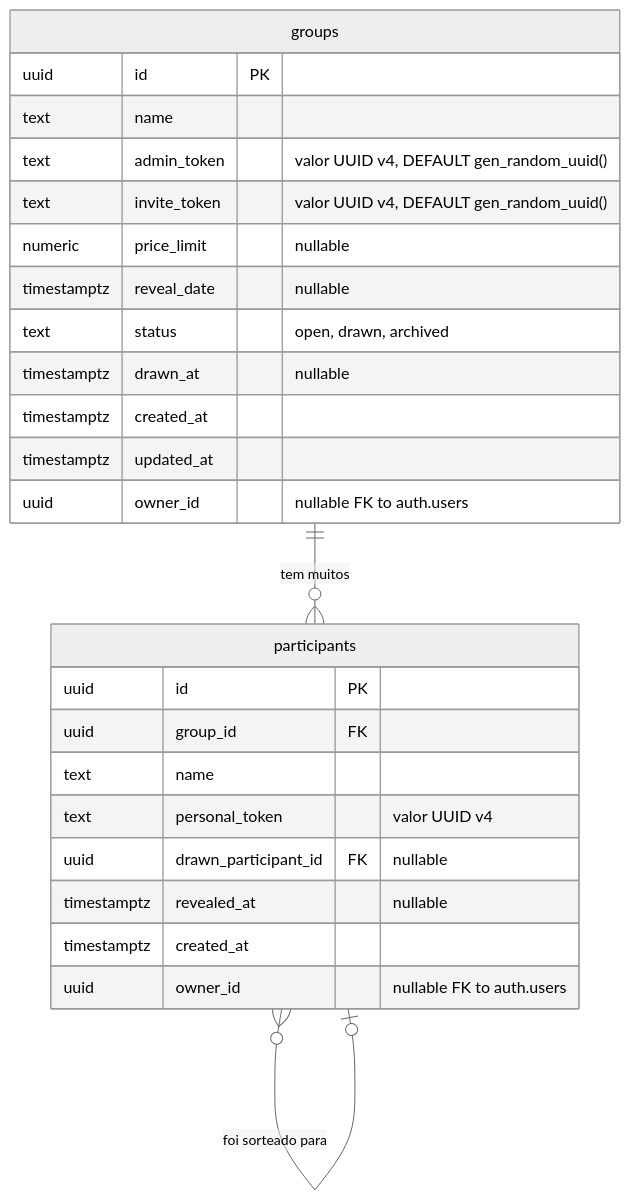
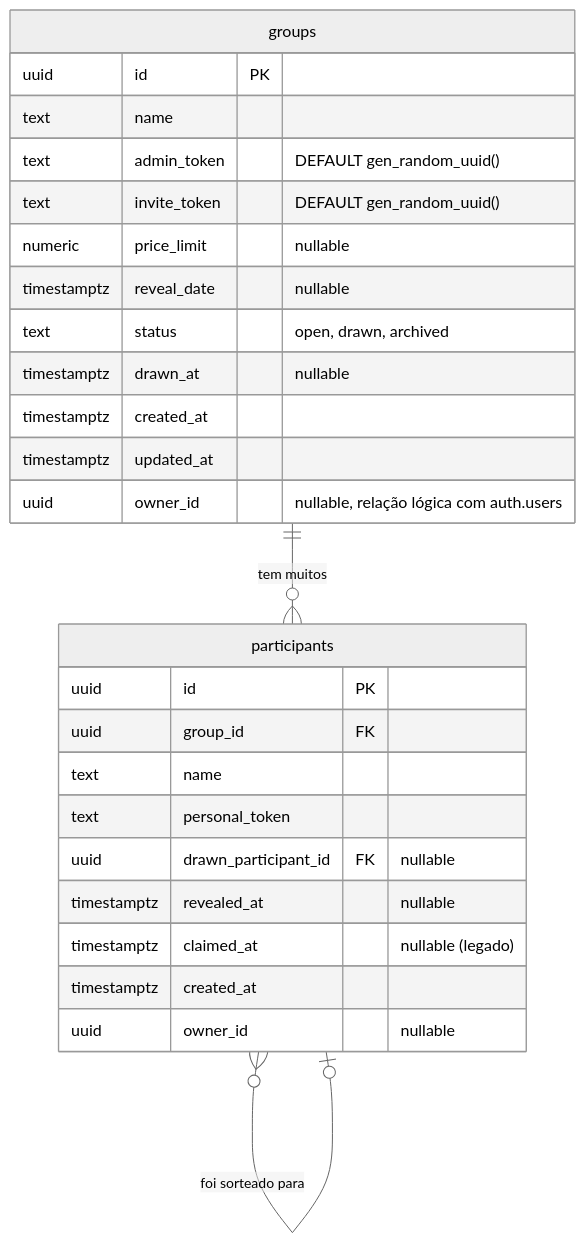
Before and after one commit to LorenzoHzK/amigo-secreto-ou-inimigo: the diagram in docs/sdd.md, drawn with Mermaid (neutral theme). The commit also changed other lines of this file and 5 other files, not shown here.

````diff
--- a/docs/sdd.md
+++ b/docs/sdd.md
@@ -50,30 +51,29 @@
 ```mermaid
 erDiagram
     groups {
         uuid id PK
         text name
-        text admin_token "valor UUID v4, DEFAULT gen_random_uuid()"
-        text invite_token "valor UUID v4, DEFAULT gen_random_uuid()"
+        text admin_token "DEFAULT gen_random_uuid()"
+        text invite_token "DEFAULT gen_random_uuid()"
         numeric price_limit "nullable"
         timestamptz reveal_date "nullable"
         text status "open, drawn, archived"
         timestamptz drawn_at "nullable"
         timestamptz created_at
         timestamptz updated_at
-        uuid owner_id "nullable FK to auth.users"
+        uuid owner_id "nullable, relação lógica com auth.users"
     }
-
     participants {
         uuid id PK
         uuid group_id FK
         text name
-        text personal_token "valor UUID v4"
+        text personal_token
         uuid drawn_participant_id FK "nullable"
         timestamptz revealed_at "nullable"
+        timestamptz claimed_at "nullable (legado)"
         timestamptz created_at
-        uuid owner_id "nullable FK to auth.users"
+        uuid owner_id "nullable"
     }
-
     groups ||--o{ participants : "tem muitos"
     participants }o--o| participants : "foi sorteado para"
 ```
````
